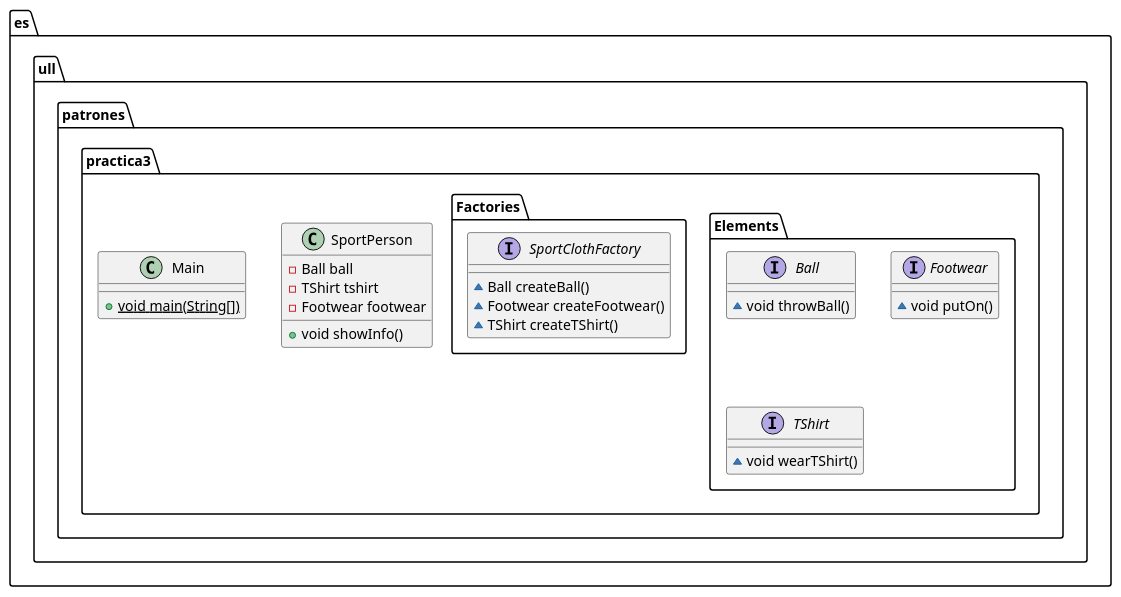
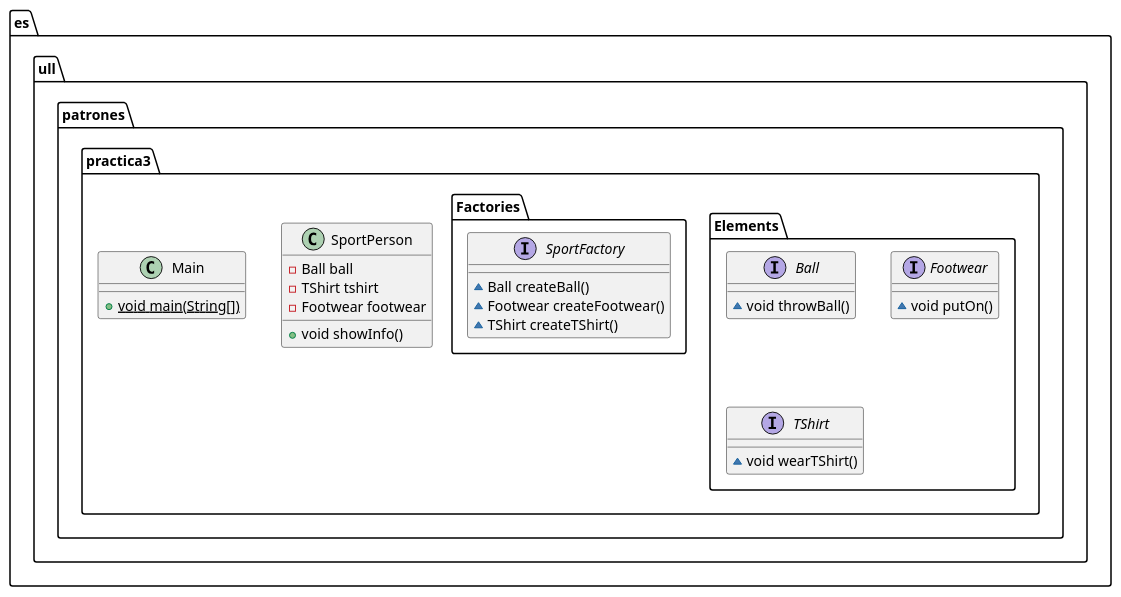
One commit to garciarodrigo99/AbstractFactory changed the diagram in diagrama.puml. Above: the diagram before and after it, drawn with PlantUML. The commit also changed 11 other files, not shown here.

```diff
--- a/diagrama.puml
+++ b/diagrama.puml
@@ -1,25 +1,25 @@
 @startuml
 interface es.ull.patrones.practica3.Elements.Ball {
 ~ void throwBall()
 }
 interface es.ull.patrones.practica3.Elements.Footwear {
 ~ void putOn()
 }
 interface es.ull.patrones.practica3.Elements.TShirt {
 ~ void wearTShirt()
 }
-interface es.ull.patrones.practica3.Factories.SportClothFactory {
+interface es.ull.patrones.practica3.Factories.SportFactory {
 ~ Ball createBall()
 ~ Footwear createFootwear()
 ~ TShirt createTShirt()
 }
 class es.ull.patrones.practica3.SportPerson {
 - Ball ball
 - TShirt tshirt
 - Footwear footwear
 + void showInfo()
 }
 class es.ull.patrones.practica3.Main {
 + {static} void main(String[])
 }
 @enduml
```
